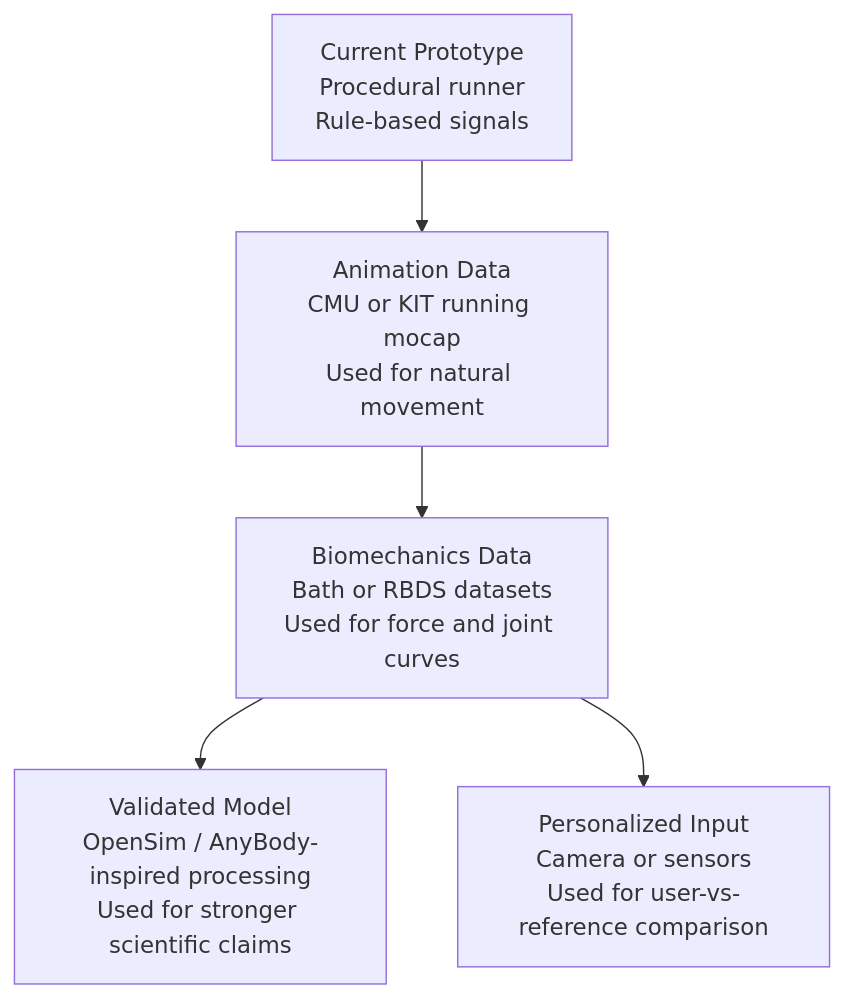
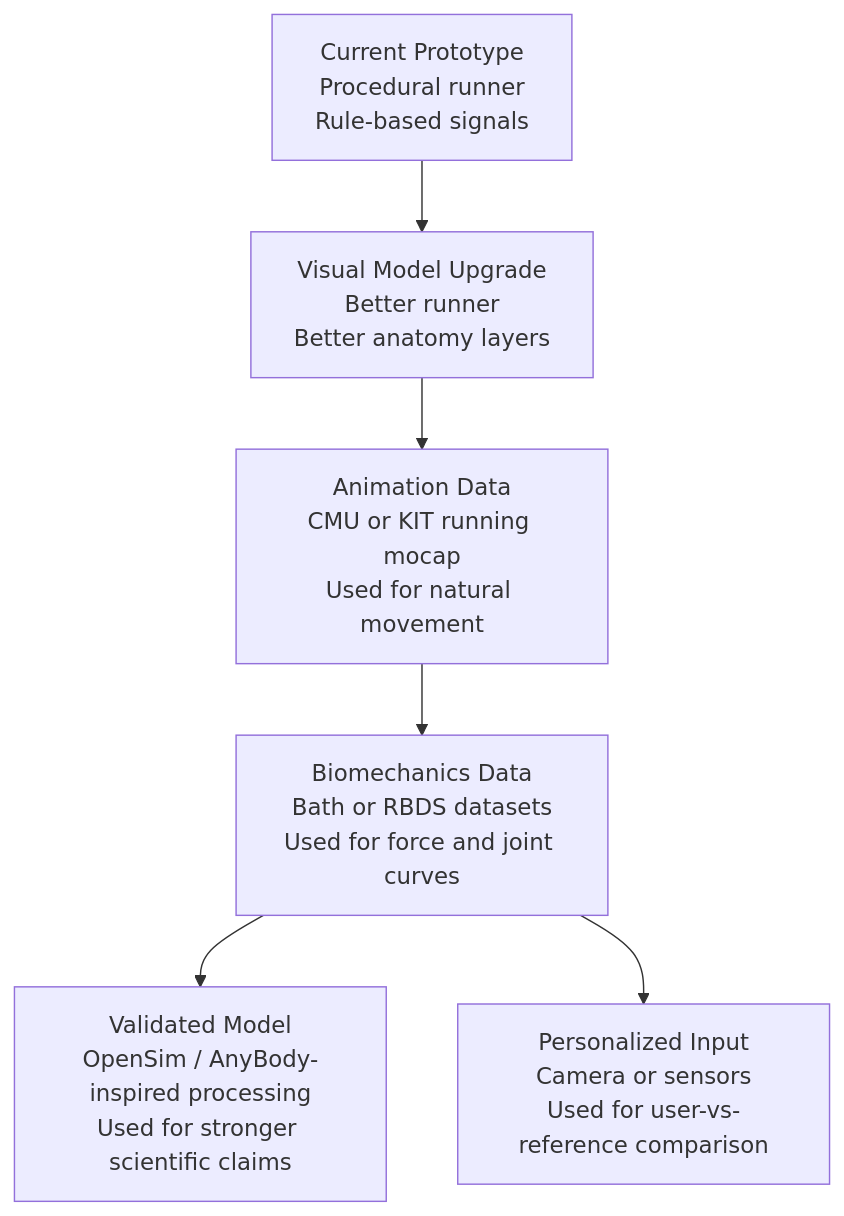
Before and after one commit to Dalek12/Propriocept-Run: the fifth of 7 diagrams in ROADMAP_VISUAL.md, drawn with Mermaid. The commit also changed other lines of this file and 1 other file, not shown here.

Commit message:
Update roadmap for visual model route

````diff
--- a/ROADMAP_VISUAL.md
+++ b/ROADMAP_VISUAL.md
@@ -57,13 +104,15 @@
 ```mermaid
 flowchart TD
   A["Current Prototype<br/>Procedural runner<br/>Rule-based signals"]
+  V["Visual Model Upgrade<br/>Better runner<br/>Better anatomy layers"]
   B["Animation Data<br/>CMU or KIT running mocap<br/>Used for natural movement"]
   C["Biomechanics Data<br/>Bath or RBDS datasets<br/>Used for force and joint curves"]
   D["Validated Model<br/>OpenSim / AnyBody-inspired processing<br/>Used for stronger scientific claims"]
   E["Personalized Input<br/>Camera or sensors<br/>Used for user-vs-reference comparison"]
 
-  A --> B
+  A --> V
+  V --> B
   B --> C
   C --> D
   C --> E
 ```
````
